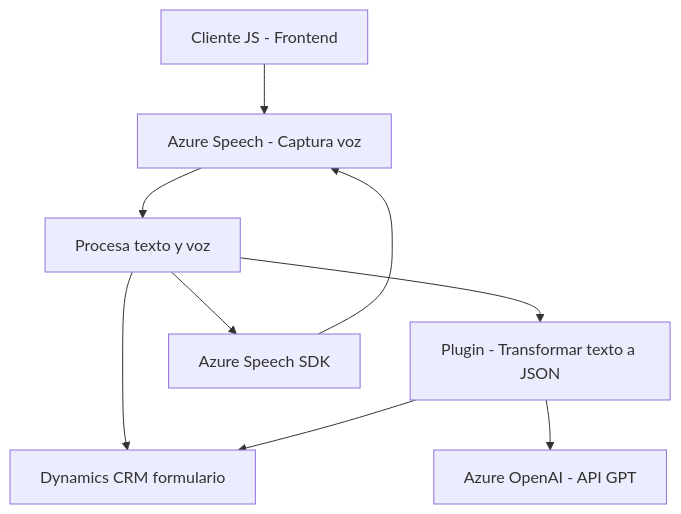
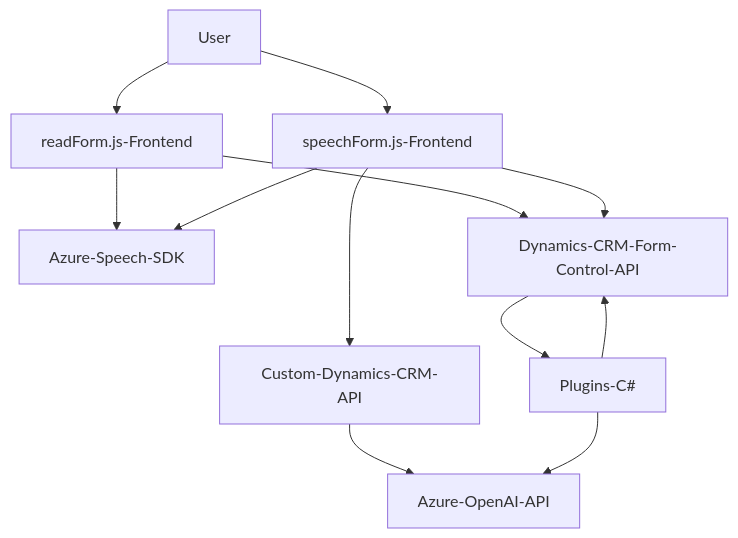
Before and after one commit to blopezdm/NETCORE_BILBAO2025: the diagram in README.md, drawn with Mermaid. The commit also changed other lines of this file, not shown here.

````diff
--- a/README.md
+++ b/README.md
@@ -54,19 +46,14 @@
 ```mermaid
 graph TD
-Cliente-JS["Cliente JS - Frontend"]
-VozInputHandler["Azure Speech - Captura voz"]
-speechForm["Procesa texto y voz"]
-DynamicsCRM["Dynamics CRM formulario"]
-PluginTransformAI["Plugin - Transformar texto a JSON"]
-AzureSpeech["Azure Speech SDK"]
-AzureOpenAI["Azure OpenAI - API GPT"]
-
-Cliente-JS --> VozInputHandler
-VozInputHandler --> speechForm
-speechForm --> DynamicsCRM
-speechForm --> PluginTransformAI
-PluginTransformAI --> AzureOpenAI
-PluginTransformAI --> DynamicsCRM
-speechForm --> AzureSpeech
-AzureSpeech --> VozInputHandler
+    A[User] --> B[readForm.js-Frontend]
+    A --> C[speechForm.js-Frontend]
+    B --> D["Azure-Speech-SDK"]
+    C --> D
+    C --> E["Custom-Dynamics-CRM-API"]
+    E --> F["Azure-OpenAI-API"]
+    B --> G["Dynamics-CRM-Form-Control-API"]
+    C --> G
+    G --> H[Plugins-C#]
+    H --> F
+    H --> G
 ```
````
